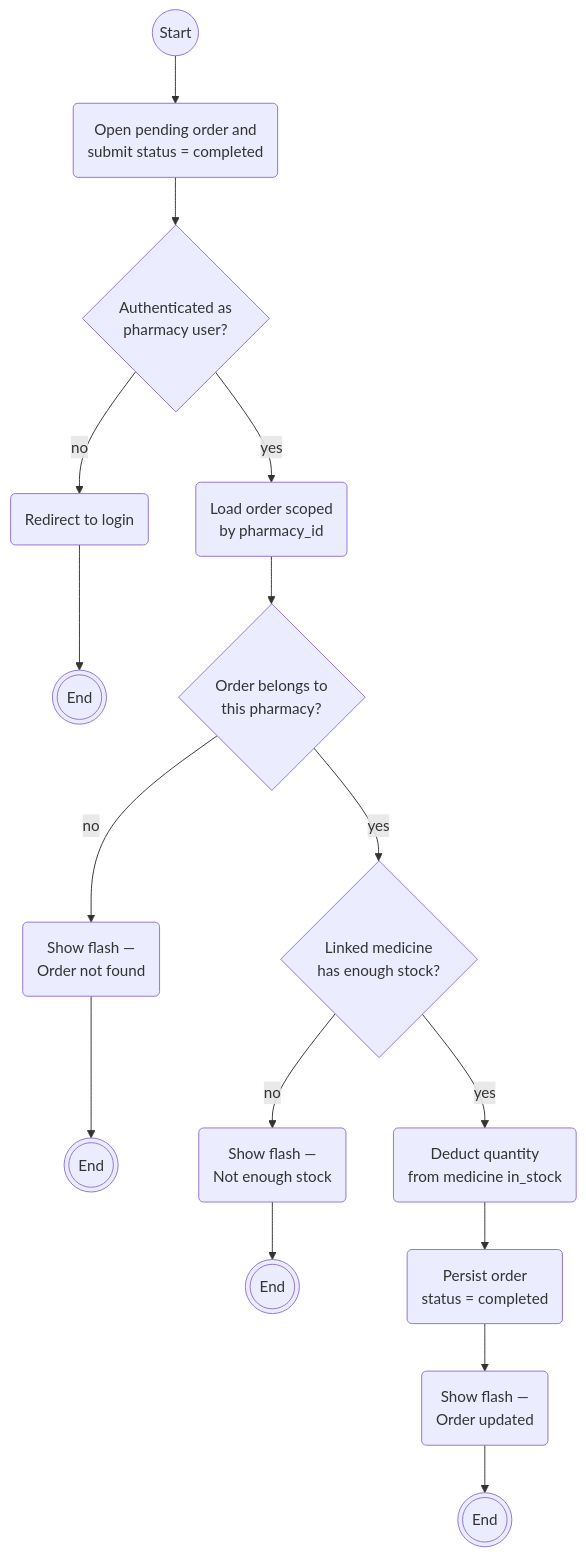
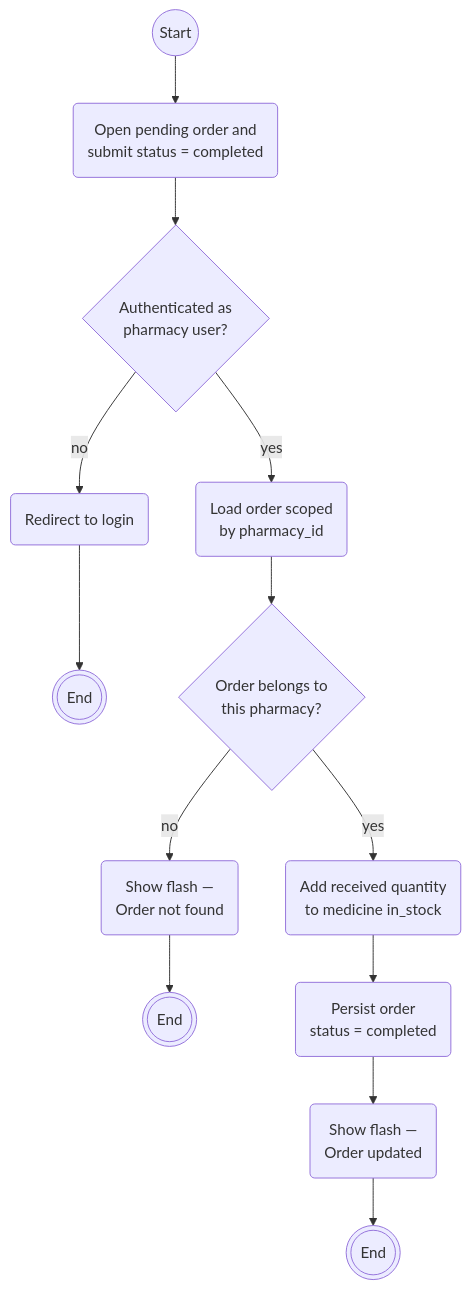
The first of 3 diagrams in docs/system-design.md (RibeshMaharjan/MedVault), drawn with Mermaid before and after one commit. The commit also changed other lines of this file and 15 other files, not shown here.

````diff
--- a/docs/system-design.md
+++ b/docs/system-design.md
@@ -28,18 +28,15 @@
 ```mermaid
 flowchart TD
     Start(("Start")) --> Submit("Open pending order and<br/>submit status = completed")
 
     Submit --> AuthCheck{"Authenticated as<br/>pharmacy user?"}
     AuthCheck -- no --> RedirectLogin("Redirect to login") --> EndUnauth((("End")))
     AuthCheck -- yes --> Load("Load order scoped<br/>by pharmacy_id")
 
     Load --> Exists{"Order belongs to<br/>this pharmacy?"}
     Exists -- no --> NotFound("Show flash —<br/>Order not found") --> EndNotFound((("End")))
-    Exists -- yes --> StockCheck{"Linked medicine<br/>has enough stock?"}
+    Exists -- yes --> Receive("Add received quantity<br/>to medicine in_stock")
 
-    StockCheck -- no --> InsufficientStock("Show flash —<br/>Not enough stock") --> EndNoStock((("End")))
-    StockCheck -- yes --> Deduct("Deduct quantity<br/>from medicine in_stock")
-
-    Deduct --> Persist("Persist order<br/>status = completed")
+    Receive --> Persist("Persist order<br/>status = completed")
     Persist --> Success("Show flash —<br/>Order updated") --> EndOk((("End")))
 ```
````
